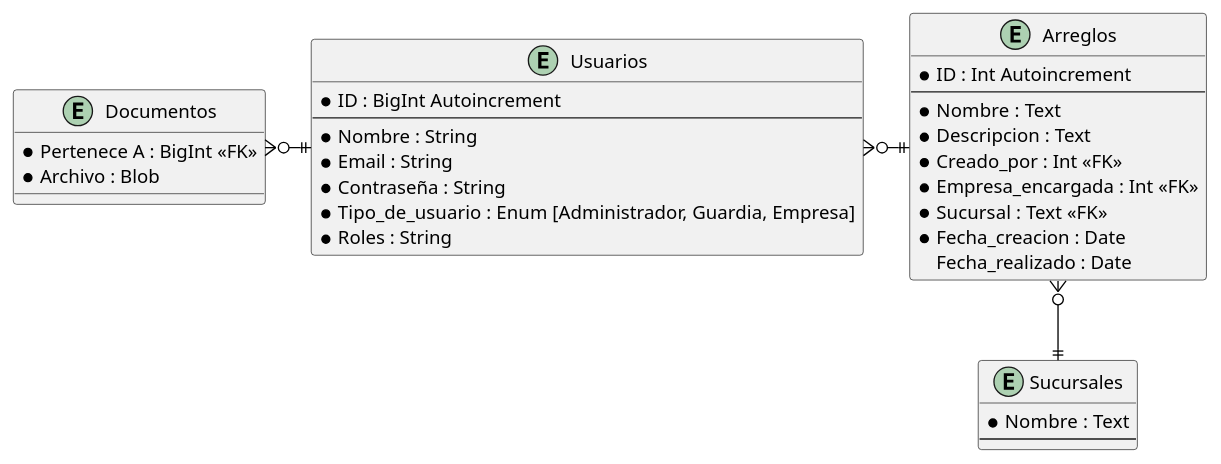
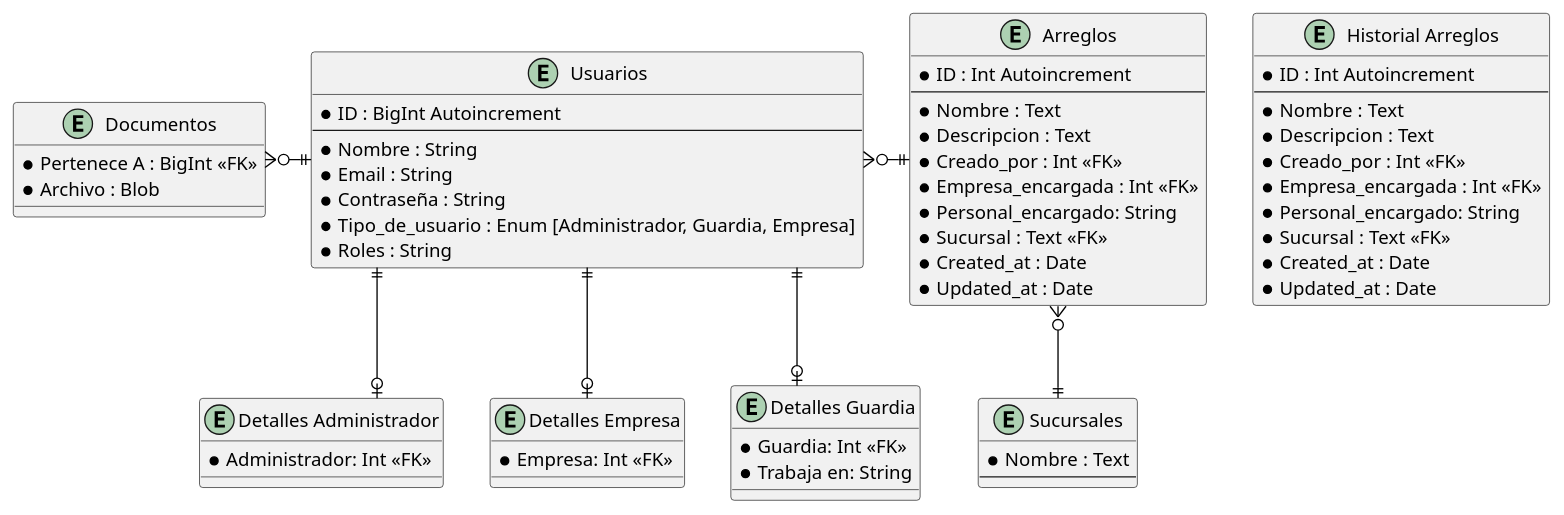
Before and after one commit to Arcemist/ProyectoUTU: the diagram in docs/Base_de_datos/Diagrama_de_base_de_datos.puml, drawn with PlantUML. The commit also changed 25 other files, not shown here.

```diff
--- a/docs/Base_de_datos/Diagrama_de_base_de_datos.puml
+++ b/docs/Base_de_datos/Diagrama_de_base_de_datos.puml
@@ -1,57 +1,85 @@
 @startuml "Diagrama_de_la_Base_de_datos"
 
 skinparam {
 	BackgroundColor white
 	LineType Ortho
 	ArrowColor Black
 	Entity {
 		FontColor Black
 		BackgroundColor White
 		BorderColor Black
 	}
 }
-
-'left to right direction
 
 entity "Sucursales" {
 	* Nombre : Text
 	--
 }
 
 entity "Documentos" {
 	* Pertenece A : BigInt <<FK>>
 	* Archivo : Blob
 }
 
 entity "Usuarios" {
     * ID : BigInt Autoincrement
     --
     * Nombre : String
     * Email : String
     * Contraseña : String
     * Tipo_de_usuario : Enum [Administrador, Guardia, Empresa]
     * Roles : String
 }
 
+entity "Detalles Administrador" {
+    * Administrador: Int <<FK>>
+}
+
+entity "Detalles Empresa" {
+    * Empresa: Int <<FK>>
+}
+
+entity "Detalles Guardia" {
+    * Guardia: Int <<FK>>
+    * Trabaja en: String
+}
+
 entity "Arreglos" {
 	* ID : Int Autoincrement
 	--
 	* Nombre : Text
 	* Descripcion : Text
 	* Creado_por : Int <<FK>>
     * Empresa_encargada : Int <<FK>>
+    * Personal_encargado: String
 	* Sucursal : Text <<FK>>
-	* Fecha_creacion : Date
-	  Fecha_realizado : Date
+    * Created_at : Date
+	* Updated_at : Date
+}
+
+entity "Historial Arreglos" {
+	* ID : Int Autoincrement
+	--
+	* Nombre : Text
+	* Descripcion : Text
+	* Creado_por : Int <<FK>>
+    * Empresa_encargada : Int <<FK>>
+    * Personal_encargado: String
+	* Sucursal : Text <<FK>>
+    * Created_at : Date
+	* Updated_at : Date
 }
 
 
 ' Añadiendo las relaciones:
-
 "Documentos" }o-r-|| "Usuarios"
+"Usuarios" ||-d-o| "Detalles Administrador"
+"Usuarios" ||-d-o| "Detalles Empresa"
+"Usuarios" ||-d-o| "Detalles Guardia"
 "Usuarios" }o-r-|| "Arreglos"
 "Arreglos" }o-d-|| "Sucursales"
+"Arreglos" -[hidden]r- "Historial Arreglos"
 
 ' Puedo poner ':' despues de una relacion pa poner comentario en el medio
 
 @enduml
```
